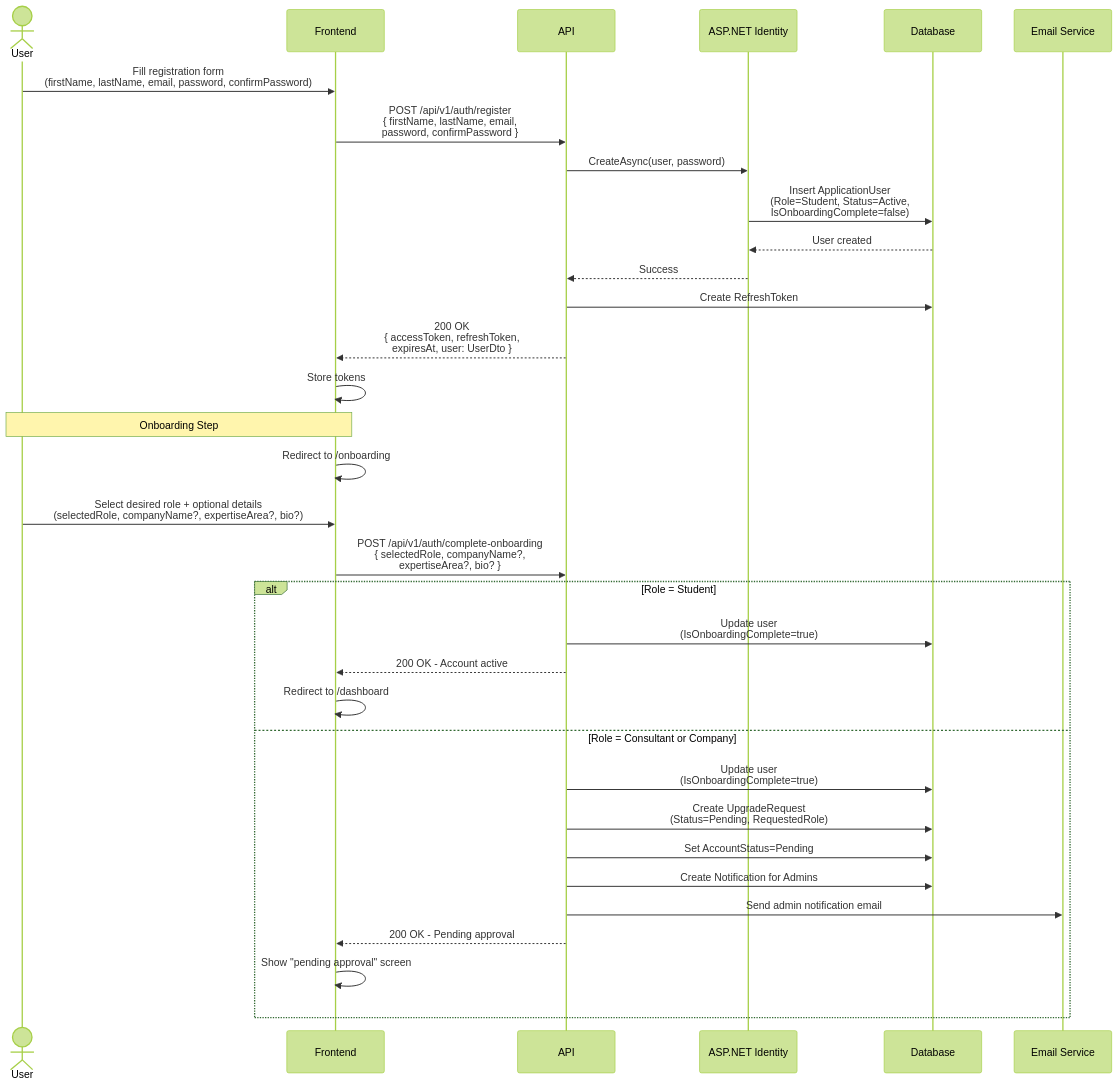
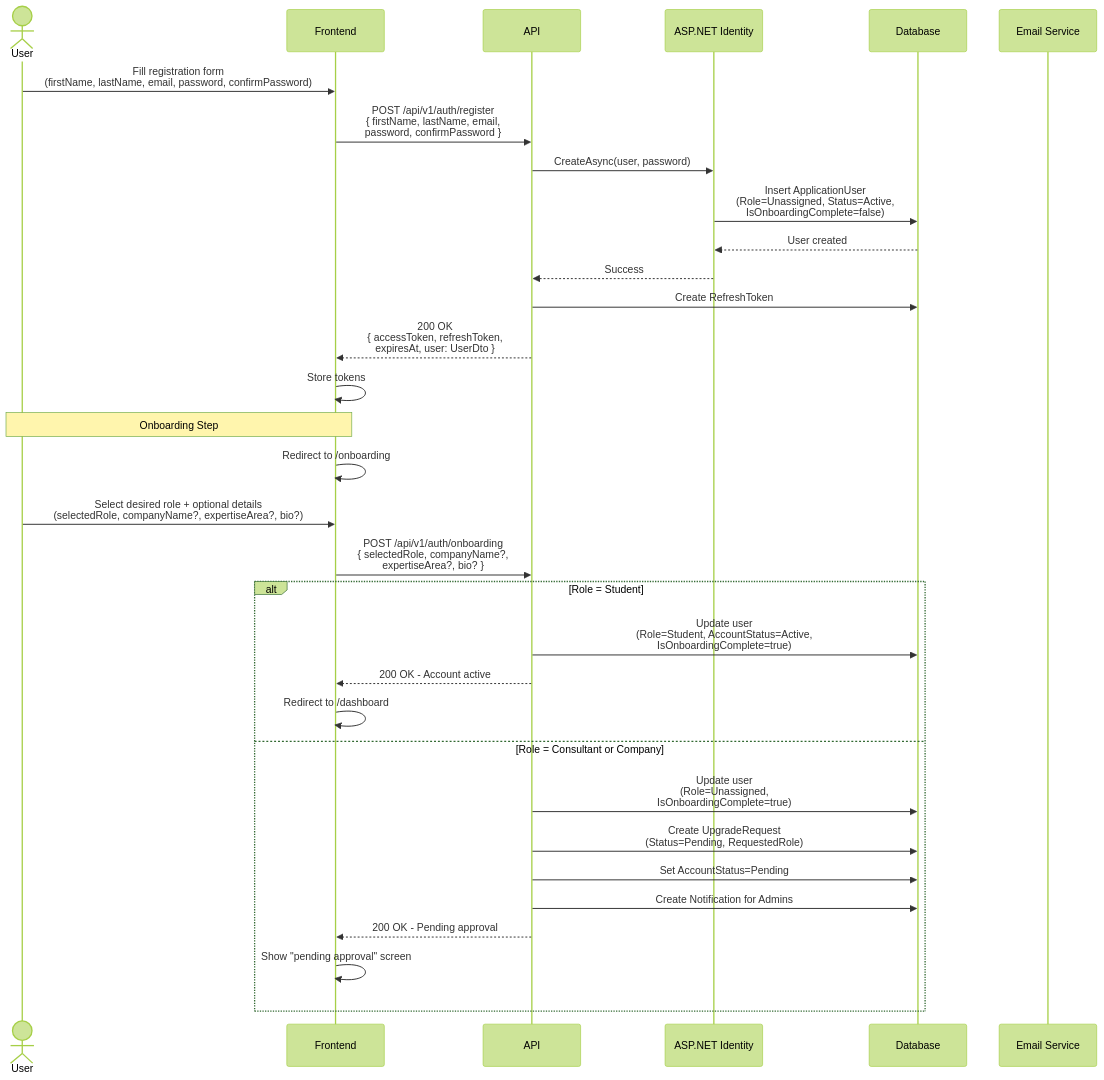
Before and after one commit to ma7moudalysalem/ScholarPath: the first of 5 diagrams in docs/auth-flow.md, drawn with Mermaid (forest theme). The commit also changed other lines of this file and 6 other files, not shown here.

````diff
--- a/docs/auth-flow.md
+++ b/docs/auth-flow.md
@@ -13,39 +13,38 @@
 ```mermaid
 sequenceDiagram
     actor User
     participant Frontend
     participant API
     participant Identity as ASP.NET Identity
     participant DB as Database
     participant Email as Email Service
 
     User->>Frontend: Fill registration form<br/>(firstName, lastName, email, password, confirmPassword)
     Frontend->>API: POST /api/v1/auth/register<br/>{ firstName, lastName, email,<br/>password, confirmPassword }
     API->>Identity: CreateAsync(user, password)
-    Identity->>DB: Insert ApplicationUser<br/>(Role=Student, Status=Active,<br/>IsOnboardingComplete=false)
+    Identity->>DB: Insert ApplicationUser<br/>(Role=Unassigned, Status=Active,<br/>IsOnboardingComplete=false)
     DB-->>Identity: User created
     Identity-->>API: Success
     API->>DB: Create RefreshToken
     API-->>Frontend: 200 OK<br/>{ accessToken, refreshToken,<br/>expiresAt, user: UserDto }
     Frontend->>Frontend: Store tokens
 
     Note over User,Frontend: Onboarding Step
 
     Frontend->>Frontend: Redirect to /onboarding
     User->>Frontend: Select desired role + optional details<br/>(selectedRole, companyName?, expertiseArea?, bio?)
-    Frontend->>API: POST /api/v1/auth/complete-onboarding<br/>{ selectedRole, companyName?,<br/>expertiseArea?, bio? }
+    Frontend->>API: POST /api/v1/auth/onboarding<br/>{ selectedRole, companyName?,<br/>expertiseArea?, bio? }
 
     alt Role = Student
-        API->>DB: Update user<br/>(IsOnboardingComplete=true)
+        API->>DB: Update user<br/>(Role=Student, AccountStatus=Active,<br/>IsOnboardingComplete=true)
         API-->>Frontend: 200 OK - Account active
         Frontend->>Frontend: Redirect to /dashboard
     else Role = Consultant or Company
-        API->>DB: Update user<br/>(IsOnboardingComplete=true)
+        API->>DB: Update user<br/>(Role=Unassigned,<br/>IsOnboardingComplete=true)
         API->>DB: Create UpgradeRequest<br/>(Status=Pending, RequestedRole)
         API->>DB: Set AccountStatus=Pending
         API->>DB: Create Notification for Admins
-        API->>Email: Send admin notification email
         API-->>Frontend: 200 OK - Pending approval
         Frontend->>Frontend: Show "pending approval" screen
     end
 ```
````
